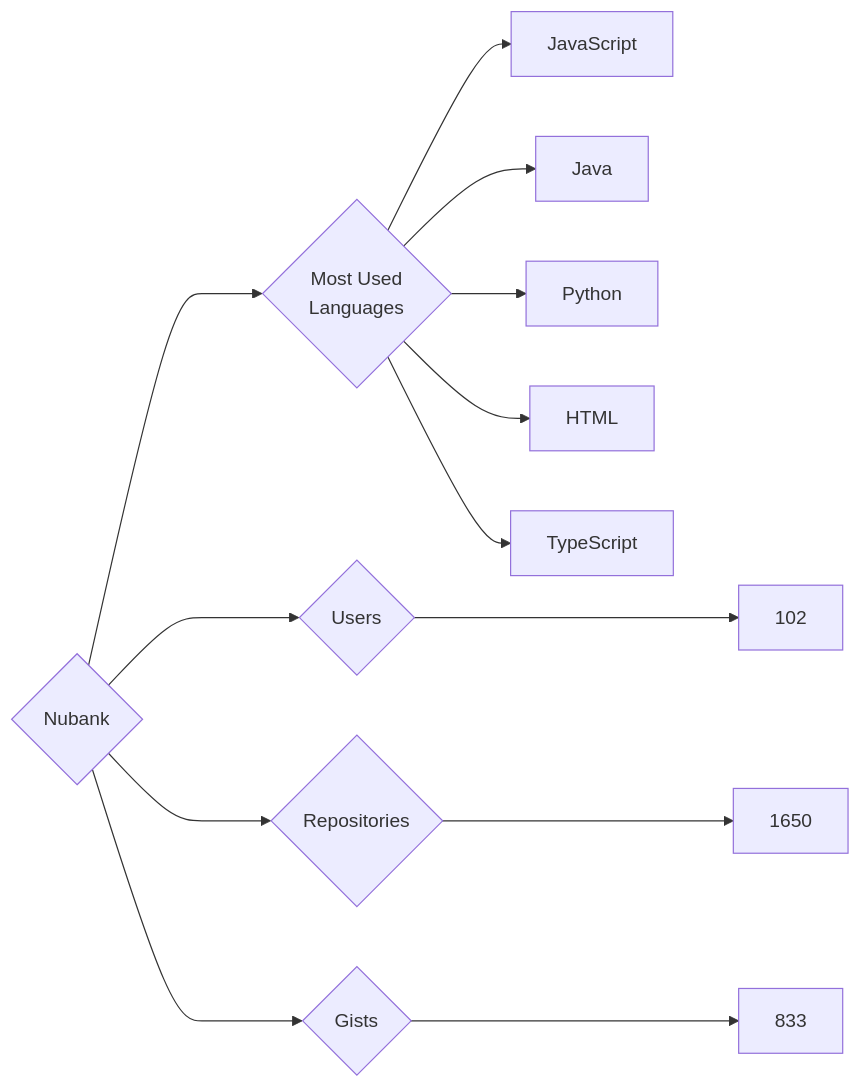
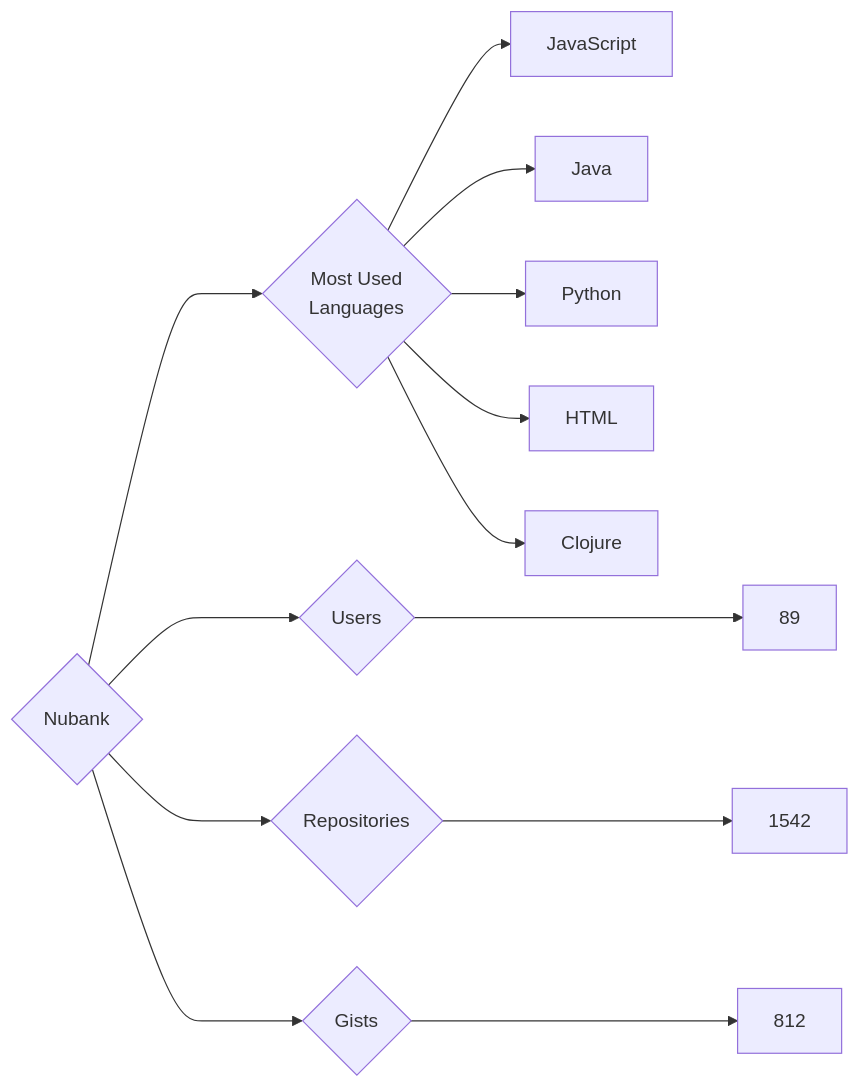
The diagram in targets/Nubank/README.md (trickest/insiders), drawn with Mermaid before and after one commit. The commit also changed 898 other files, not shown here.

````diff
--- a/targets/Nubank/README.md
+++ b/targets/Nubank/README.md
@@ -3,13 +3,13 @@
 ```mermaid
 graph LR
 COMPANY_NAME{Nubank}
-COMPANY_NAME ---> U{Users} ---> UN[102]
-COMPANY_NAME ---> R{Repositories} ---> RN[1650]
-COMPANY_NAME ---> G{Gists} ---> GN[833]
+COMPANY_NAME ---> U{Users} ---> UN[89]
+COMPANY_NAME ---> R{Repositories} ---> RN[1542]
+COMPANY_NAME ---> G{Gists} ---> GN[812]
 COMPANY_NAME ---> ML{Most Used<br>Languages}
 ML --> JavaScript[JavaScript]
 ML --> Java[Java]
 ML --> Python[Python]
 ML --> HTML[HTML]
-ML --> TypeScript[TypeScript]
+ML --> Clojure[Clojure]
 ```
````
